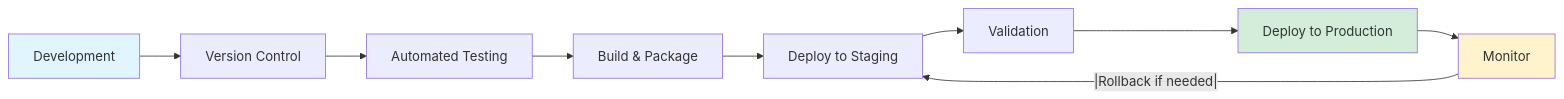
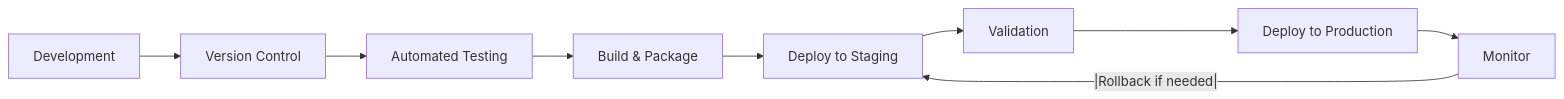
The first of 4 diagrams in Technical Guideline Ops/Databricks Best-Practices/Databricks CI-CD.md (PlainsightPro/Vision-Playbook), drawn with Mermaid before and after one commit. The commit also changed other lines of this file and 40 other files, not shown here.

````diff
--- a/Technical Guideline Ops/Databricks Best-Practices/Databricks CI-CD.md
+++ b/Technical Guideline Ops/Databricks Best-Practices/Databricks CI-CD.md
@@ -10,16 +10,13 @@
 ```mermaid
 %%{init: { "flowchart": { "useMaxWidth": true } } }%%
 flowchart LR
     A[Development] --> B[Version Control]
     B --> C[Automated Testing]
     C --> D[Build & Package]
     D --> E[Deploy to Staging]
     E --> F[Validation]
     F --> G[Deploy to Production]
     G --> H[Monitor]
     H --|Rollback if needed|--> E
     
-    style A fill:#e1f5ff
-    style G fill:#d4edda
-    style H fill:#fff3cd
 ```
````
